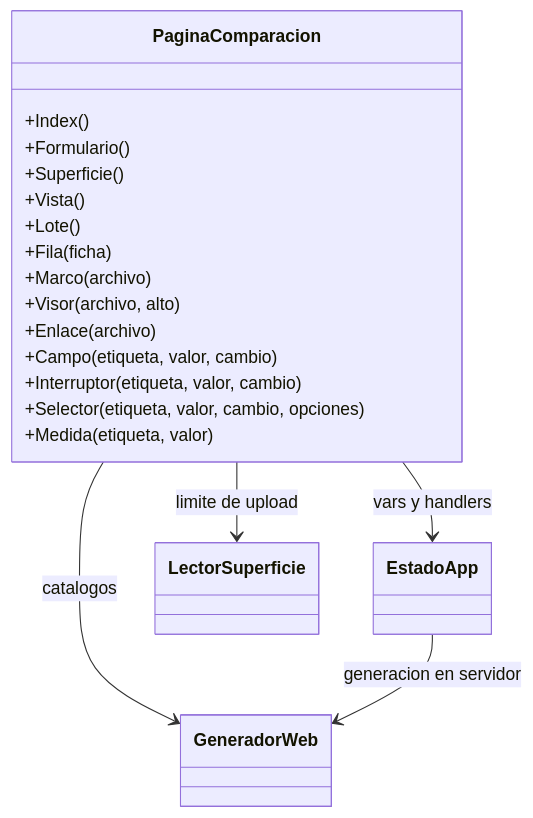
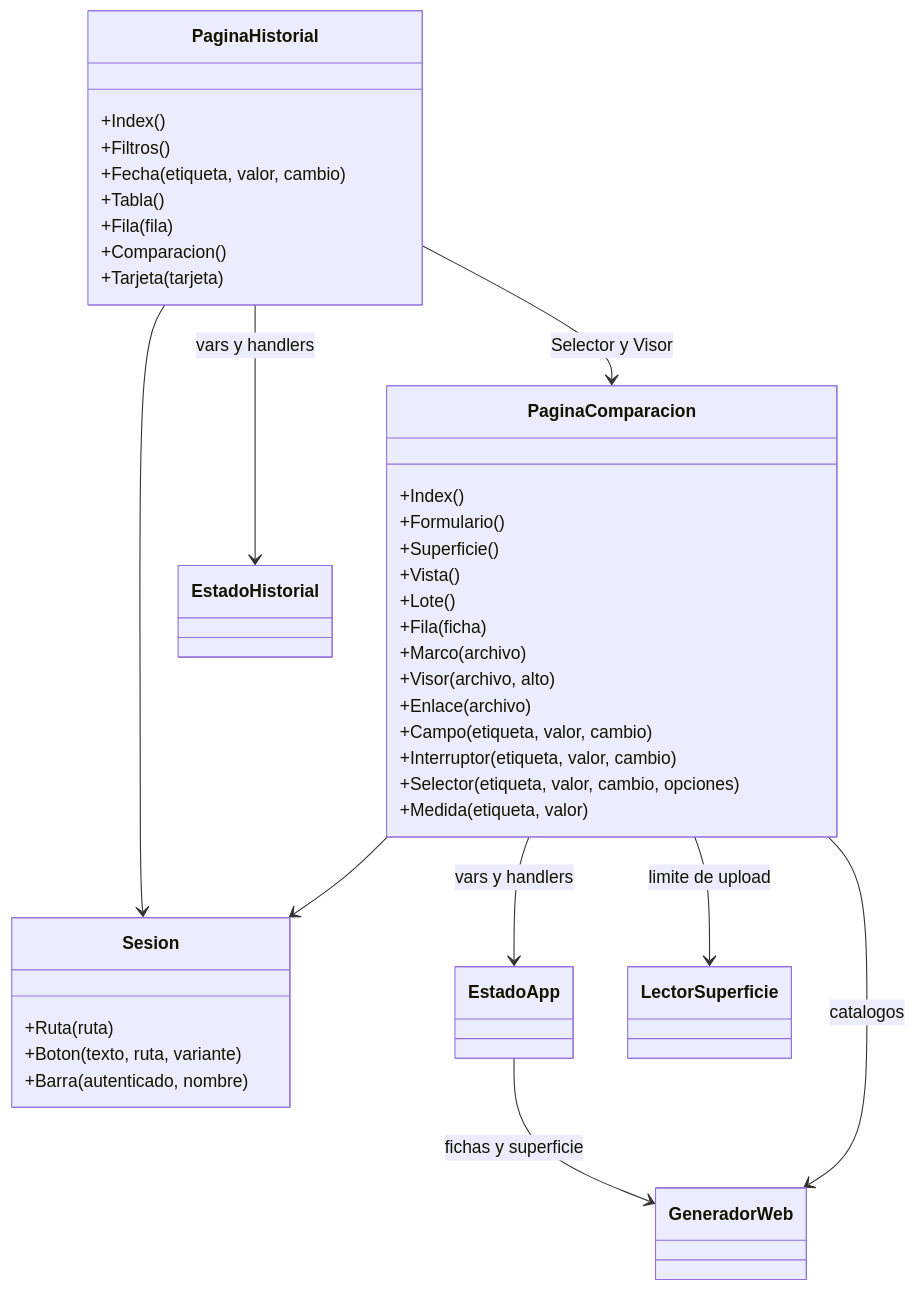
Before and after one commit to MateoDG2006/GenerateModelsApp: the third of 3 diagrams in docs/AppFrontend/ARQUITECTURA.md, drawn with Mermaid. The commit also changed other lines of this file and 29 other files, not shown here.

````diff
--- a/docs/AppFrontend/ARQUITECTURA.md
+++ b/docs/AppFrontend/ARQUITECTURA.md
@@ -50,25 +61,44 @@
 ```mermaid
 classDiagram
   class PaginaComparacion {
     +Index()
     +Formulario()
     +Superficie()
     +Vista()
     +Lote()
     +Fila(ficha)
     +Marco(archivo)
     +Visor(archivo, alto)
     +Enlace(archivo)
     +Campo(etiqueta, valor, cambio)
     +Interruptor(etiqueta, valor, cambio)
     +Selector(etiqueta, valor, cambio, opciones)
     +Medida(etiqueta, valor)
   }
+  class PaginaHistorial {
+    +Index()
+    +Filtros()
+    +Fecha(etiqueta, valor, cambio)
+    +Tabla()
+    +Fila(fila)
+    +Comparacion()
+    +Tarjeta(tarjeta)
+  }
+  class Sesion {
+    +Ruta(ruta)
+    +Boton(texto, ruta, variante)
+    +Barra(autenticado, nombre)
+  }
   class EstadoApp
+  class EstadoHistorial
   class LectorSuperficie
   class GeneradorWeb
   PaginaComparacion --> EstadoApp : vars y handlers
+  PaginaComparacion --> Sesion
   PaginaComparacion --> LectorSuperficie : limite de upload
   PaginaComparacion --> GeneradorWeb : catalogos
-  EstadoApp --> GeneradorWeb : generacion en servidor
+  PaginaHistorial --> EstadoHistorial : vars y handlers
+  PaginaHistorial --> Sesion
+  PaginaHistorial --> PaginaComparacion : Selector y Visor
+  EstadoApp --> GeneradorWeb : fichas y superficie
 ```
````
